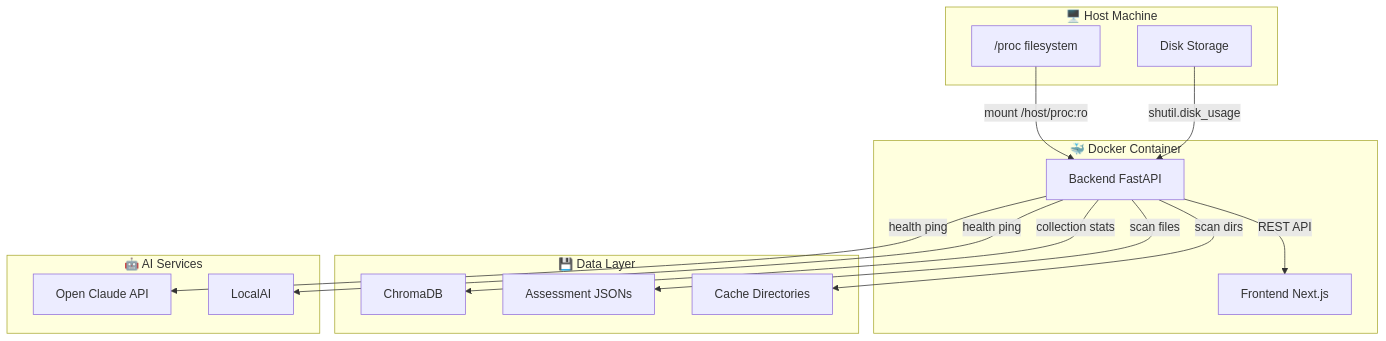
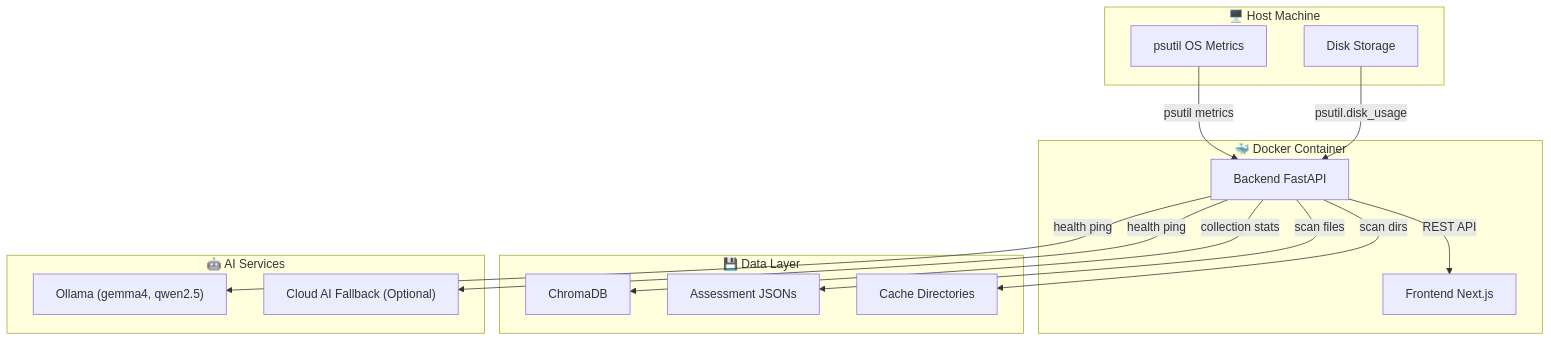
One commit to NghiaDinh03/CyberAI-Assessment-project changed the first of 7 diagrams in docs/vi/analytics_monitoring.md. Above: the diagram before and after it, drawn with Mermaid. The commit also changed other lines of this file and 94 other files, not shown here.

Commit message:
feat(pipeline): standardize unified assessment schema, runtime audit telemetry, masked evidence manifests, and artifact consistency validation

````diff
--- a/docs/vi/analytics_monitoring.md
+++ b/docs/vi/analytics_monitoring.md
@@ -41,32 +41,32 @@
 ```mermaid
 graph TB
     subgraph Host["🖥️ Host Machine"]
-        PROC["/proc filesystem"]
+        OS_METRICS["psutil OS Metrics"]
         DISK["Disk Storage"]
     end
 
     subgraph Docker["🐳 Docker Container"]
         BE["Backend FastAPI"]
         FE["Frontend Next.js"]
     end
 
     subgraph DataLayer["💾 Data Layer"]
         CHROMA["ChromaDB"]
         ASSESS["Assessment JSONs"]
         CACHE["Cache Directories"]
     end
 
     subgraph AI["🤖 AI Services"]
-        CLAUDE["Open Claude API"]
-        LOCAL["LocalAI"]
+        OLLAMA["Ollama (gemma4, qwen2.5)"]
+        CLAUDE["Cloud AI Fallback (Optional)"]
     end
 
-    PROC -->|"mount /host/proc:ro"| BE
-    DISK -->|"shutil.disk_usage"| BE
+    OS_METRICS -->|"psutil metrics"| BE
+    DISK -->|"psutil.disk_usage"| BE
+    BE -->|"health ping"| OLLAMA
     BE -->|"health ping"| CLAUDE
-    BE -->|"health ping"| LOCAL
     BE -->|"collection stats"| CHROMA
     BE -->|"scan files"| ASSESS
     BE -->|"scan dirs"| CACHE
     BE -->|"REST API"| FE
 ```
````
